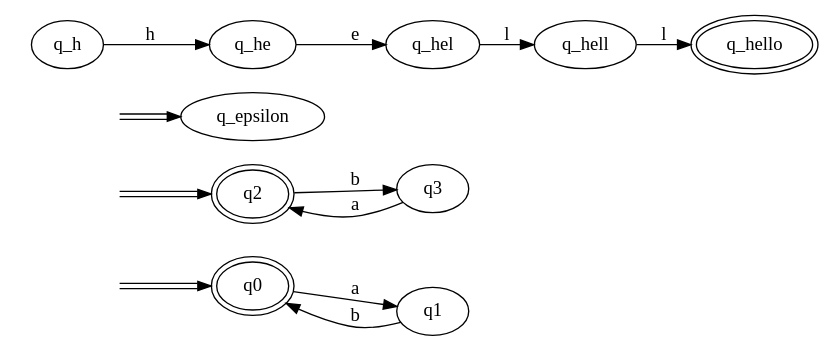
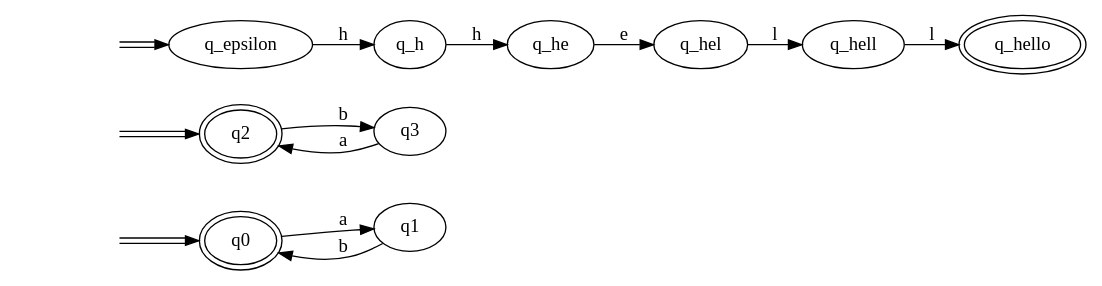
Before and after one commit to ptitguigui/Licence_Info-S5: the diagram in tp5/automate-test.dot, drawn with Graphviz. The commit also changed 3 other files, not shown here.

```diff
--- a/tp5/automate-test.dot
+++ b/tp5/automate-test.dot
@@ -1,17 +1,18 @@
 digraph Automaton { 
   rankdir = LR
   0 [label="q0",peripheries=2];  1 [label="q1"];  2 [label="q2",peripheries=2];  3 [label="q3"];  4 [label="q_epsilon"];  5 [label="q_h"];  6 [label="q_he"];  7 [label="q_hel"];  8 [label="q_hell"];  9 [label="q_hello",peripheries=2];  start2 [style=invis]
   start2 -> 2[color="black:white:black"]
   start4 [style=invis]
   start4 -> 4[color="black:white:black"]
   start0 [style=invis]
   start0 -> 0[color="black:white:black"]
   0 -> 1 [label = "a" ]
   1 -> 0 [label = "b" ]
   2 -> 3 [label = "b" ]
   3 -> 2 [label = "a" ]
+  4 -> 5 [label = "h" ]
   5 -> 6 [label = "h" ]
   6 -> 7 [label = "e" ]
   7 -> 8 [label = "l" ]
   8 -> 9 [label = "l" ]
 }
```
